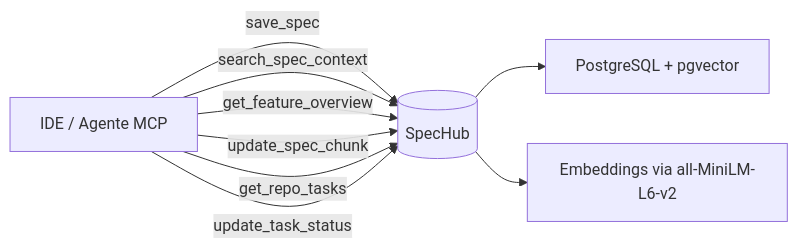
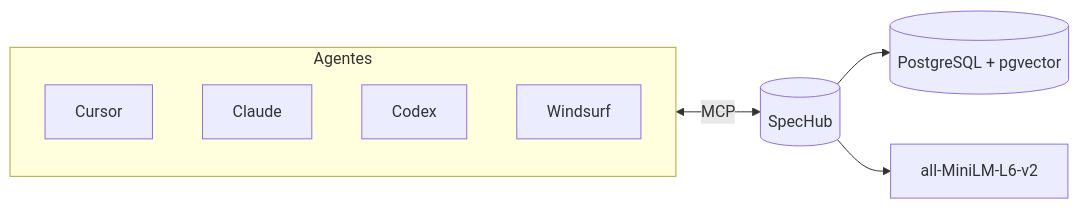
The diagram in README.md (cezarpretto/spec-hub), drawn with Mermaid before and after one commit. The commit also changed other lines of this file, not shown here.

Commit message:
docs: add README with project overview, workflow, and setup guide

````diff
--- a/README.md
+++ b/README.md
@@ -7,11 +7,12 @@
 ```mermaid
 flowchart LR
-    A[IDE / Agente MCP] -->|save_spec| B[(SpecHub)]
-    A -->|search_spec_context| B
-    A -->|get_feature_overview| B
-    A -->|update_spec_chunk| B
-    A -->|get_repo_tasks| B
-    A -->|update_task_status| B
-    B --> C[PostgreSQL + pgvector]
-    B --> D[Embeddings via all-MiniLM-L6-v2]
+    subgraph Agentes
+        Cursor
+        Claude
+        Codex
+        Windsurf
+    end
+    Agentes <-->|MCP| SpecHub[(SpecHub)]
+    SpecHub --> PG[(PostgreSQL + pgvector)]
+    SpecHub --> Emb[all-MiniLM-L6-v2]
 ```
````
